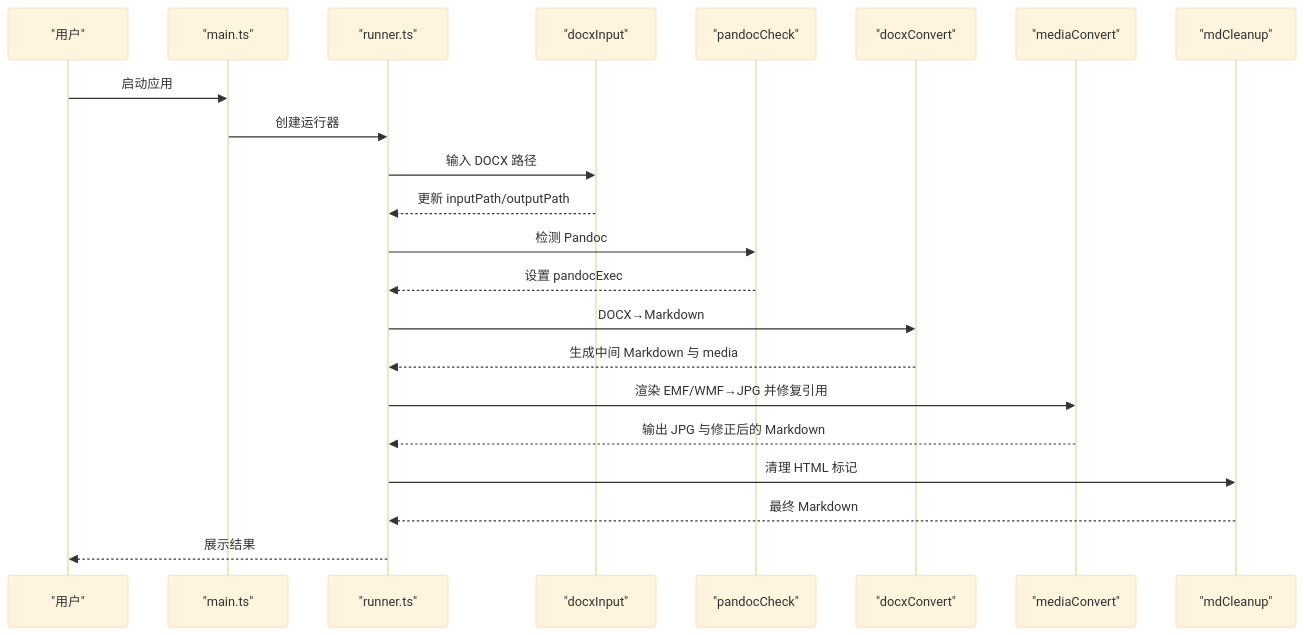
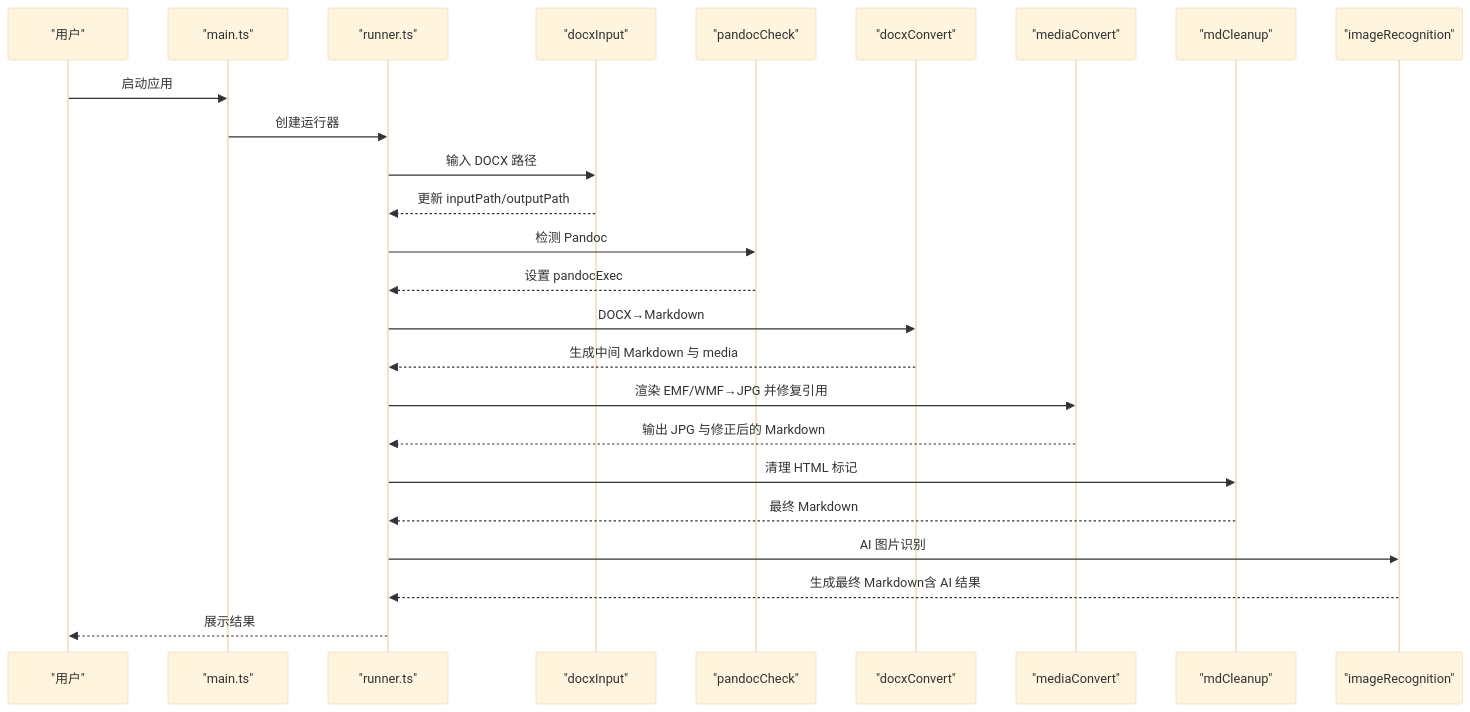
One commit to hllshiro/doc2md-cli changed the second of 3 diagrams in .qoder/repowiki/zh/content/开发者指南.md. Above: the diagram before and after it, drawn with Mermaid (base theme). The commit also changed other lines of this file and 13 other files, not shown here.

````diff
--- a/.qoder/repowiki/zh/content/开发者指南.md
+++ b/.qoder/repowiki/zh/content/开发者指南.md
@@ -102,24 +112,27 @@
 ```mermaid
 sequenceDiagram
 participant U as "用户"
 participant M as "main.ts"
 participant R as "runner.ts"
 participant T1 as "docxInput"
 participant T2 as "pandocCheck"
 participant T3 as "docxConvert"
 participant T4 as "mediaConvert"
 participant T5 as "mdCleanup"
+participant T6 as "imageRecognition"
 U->>M : 启动应用
 M->>R : 创建运行器
 R->>T1 : 输入 DOCX 路径
 T1-->>R : 更新 inputPath/outputPath
 R->>T2 : 检测 Pandoc
 T2-->>R : 设置 pandocExec
 R->>T3 : DOCX→Markdown
 T3-->>R : 生成中间 Markdown 与 media
 R->>T4 : 渲染 EMF/WMF→JPG 并修复引用
 T4-->>R : 输出 JPG 与修正后的 Markdown
 R->>T5 : 清理 HTML 标记
 T5-->>R : 最终 Markdown
+R->>T6 : AI 图片识别
+T6-->>R : 生成最终 Markdown含 AI 结果
 R-->>U : 展示结果
 ```
````
